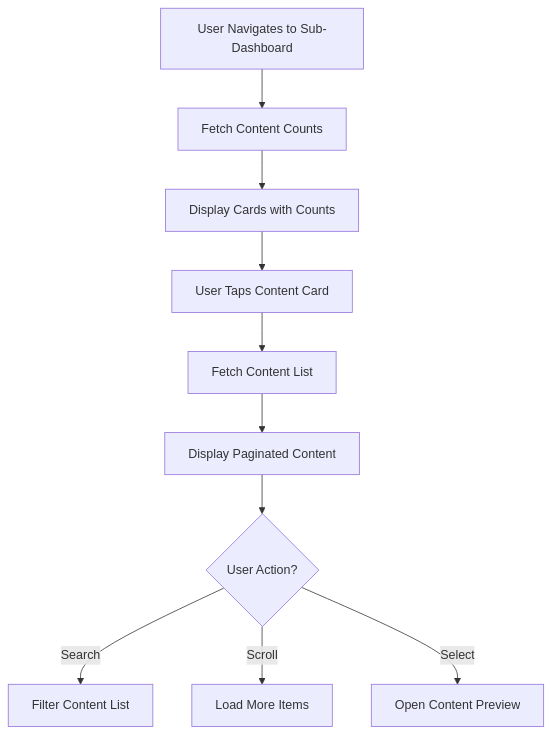
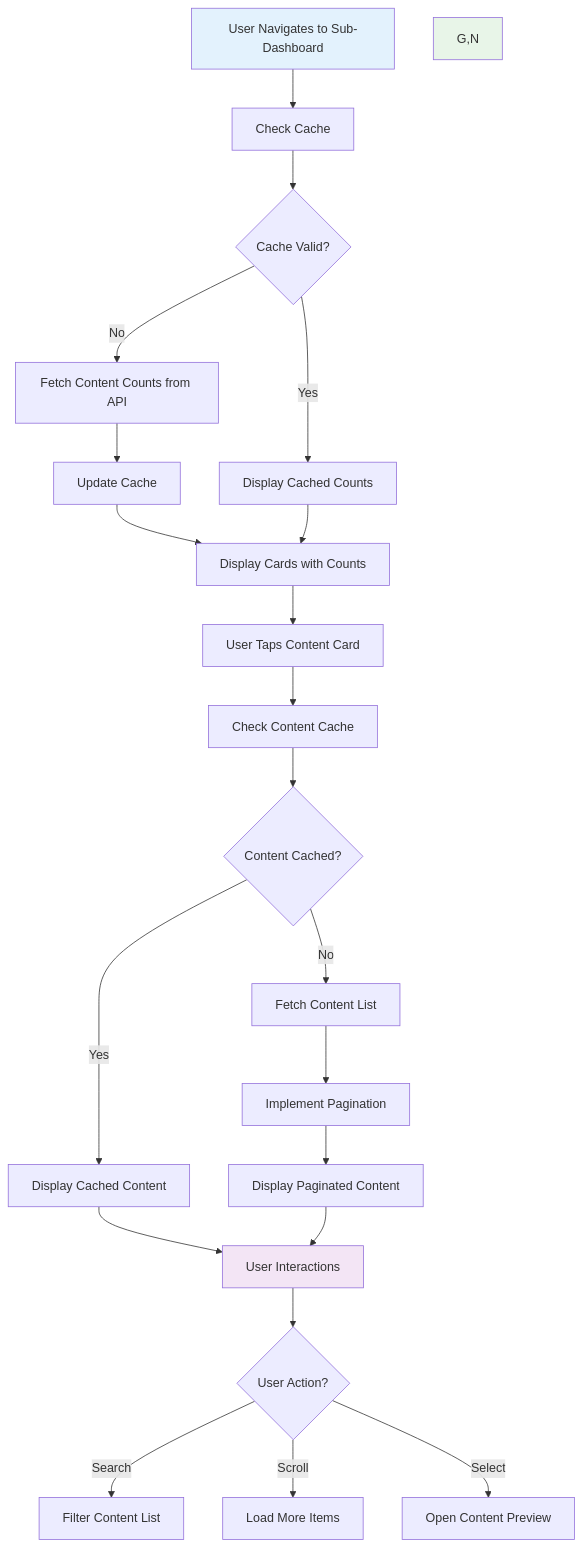
Before and after one commit to Justy6674/DSWebsite_next.js: diagram 16 of 31 in docs/patient-portal-mobile-first-redesign-prd.md, drawn with Mermaid. The commit also changed other lines of this file, not shown here.

First line of the commit message:
fix: Complete Patient Portal PRD with comprehensive mermaid diagrams

````diff
--- a/docs/patient-portal-mobile-first-redesign-prd.md
+++ b/docs/patient-portal-mobile-first-redesign-prd.md
@@ -447,13 +485,33 @@
 ```mermaid
 graph TD
-    A[User Navigates to Sub-Dashboard] --> B[Fetch Content Counts]
-    B --> C[Display Cards with Counts]
-    C --> D[User Taps Content Card]
-    D --> E[Fetch Content List]
-    E --> F[Display Paginated Content]
+    A[User Navigates to Sub-Dashboard] --> B[Check Cache]
+    B --> C{Cache Valid?}
 
-    F --> G{User Action?}
-    G -->|Search| H[Filter Content List]
-    G -->|Scroll| I[Load More Items]
-    G -->|Select| J[Open Content Preview]
+    C -->|Yes| D[Display Cached Counts]
+    C -->|No| E[Fetch Content Counts from API]
+
+    E --> F[Update Cache]
+    F --> G[Display Cards with Counts]
+    D --> G
+
+    G --> H[User Taps Content Card]
+    H --> I[Check Content Cache]
+    I --> J{Content Cached?}
+
+    J -->|Yes| K[Display Cached Content]
+    J -->|No| L[Fetch Content List]
+
+    L --> M[Implement Pagination]
+    M --> N[Display Paginated Content]
+    K --> O[User Interactions]
+    N --> O
+
+    O --> P{User Action?}
+    P -->|Search| Q[Filter Content List]
+    P -->|Scroll| R[Load More Items]
+    P -->|Select| S[Open Content Preview]
+
+    style A fill:#e3f2fd
+    style G,N fill:#e8f5e8
+    style O fill:#f3e5f5
 ```
````
